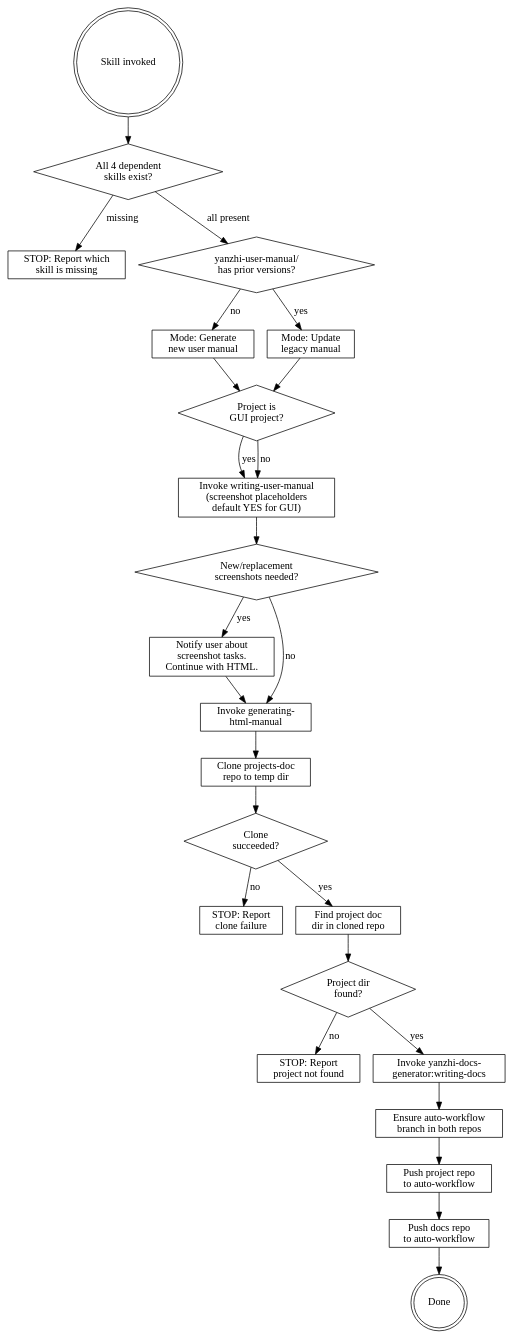
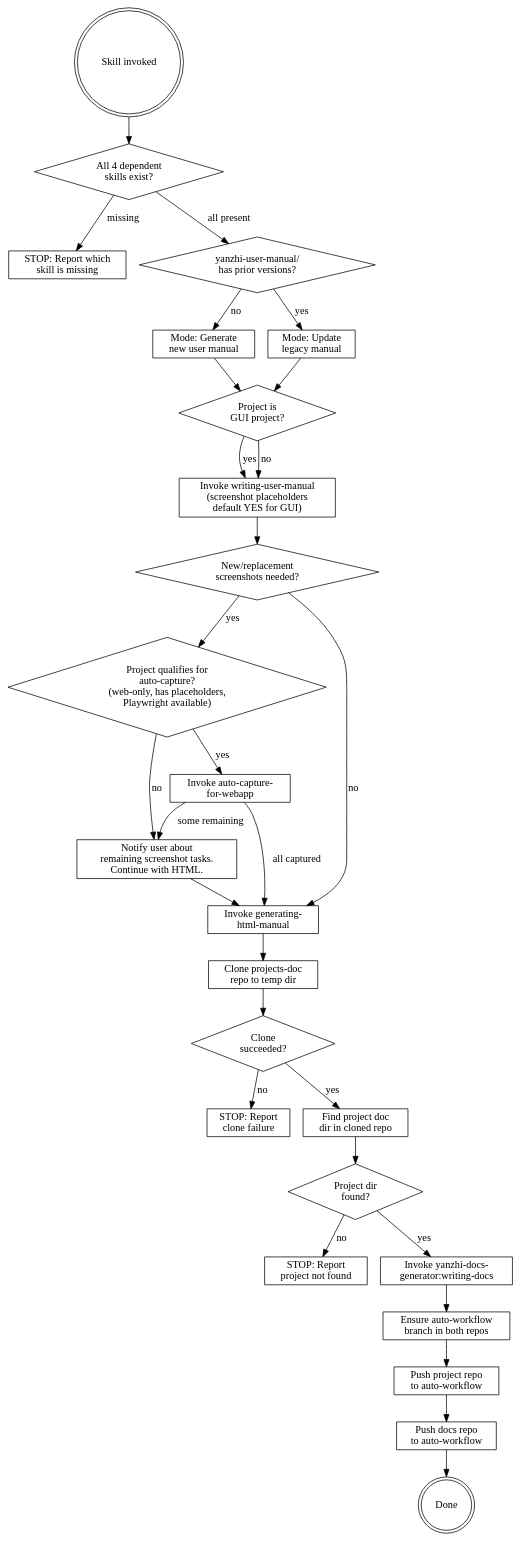
Before and after one commit to zhang-songhan/yanzhi-sdd-workflow: the diagram in skills/manual-and-docs-git-sync/SKILL.md, drawn with Graphviz. The commit also changed other lines of this file and 2 other files, not shown here.

First line of the commit message:
feat: add auto-capture-for-webapp integration to manual-and-docs-git-sync skill

````diff
--- a/skills/manual-and-docs-git-sync/SKILL.md
+++ b/skills/manual-and-docs-git-sync/SKILL.md
@@ -12,53 +12,59 @@
 ```dot
 digraph sync_flow {
     rankdir=TB;
 
     start [label="Skill invoked", shape=doublecircle];
     check_deps [label="All 4 dependent\nskills exist?", shape=diamond];
     stop_deps [label="STOP: Report which\nskill is missing", shape=box];
     check_manual_dir [label="yanzhi-user-manual/\nhas prior versions?", shape=diamond];
     mode_generate [label="Mode: Generate\nnew user manual", shape=box];
     mode_update [label="Mode: Update\nlegacy manual", shape=box];
     detect_gui [label="Project is\nGUI project?", shape=diamond];
     invoke_writing [label="Invoke writing-user-manual\n(screenshot placeholders\ndefault YES for GUI)", shape=box];
     new_screenshots [label="New/replacement\nscreenshots needed?", shape=diamond];
-    notify_screenshots [label="Notify user about\nscreenshot tasks.\nContinue with HTML.", shape=box];
+    check_webapp [label="Project qualifies for\nauto-capture?\n(web-only, has placeholders,\nPlaywright available)", shape=diamond];
+    invoke_autocap [label="Invoke auto-capture-\nfor-webapp", shape=box];
+    notify_screenshots [label="Notify user about\nremaining screenshot tasks.\nContinue with HTML.", shape=box];
     invoke_html [label="Invoke generating-\nhtml-manual", shape=box];
     clone_docs [label="Clone projects-doc\nrepo to temp dir", shape=box];
     clone_ok [label="Clone\nsucceeded?", shape=diamond];
     stop_clone [label="STOP: Report\nclone failure", shape=box];
     find_project [label="Find project doc\ndir in cloned repo", shape=box];
     project_found [label="Project dir\nfound?", shape=diamond];
     stop_noproject [label="STOP: Report\nproject not found", shape=box];
     invoke_docs [label="Invoke yanzhi-docs-\ngenerator:writing-docs", shape=box];
     switch_branch [label="Ensure auto-workflow\nbranch in both repos", shape=box];
     push_project [label="Push project repo\nto auto-workflow", shape=box];
     push_docs [label="Push docs repo\nto auto-workflow", shape=box];
     done [label="Done", shape=doublecircle];
 
     start -> check_deps;
     check_deps -> stop_deps [label="missing"];
     check_deps -> check_manual_dir [label="all present"];
     check_manual_dir -> mode_generate [label="no"];
     check_manual_dir -> mode_update [label="yes"];
     mode_generate -> detect_gui;
     mode_update -> detect_gui;
     detect_gui -> invoke_writing [label="yes"];
     detect_gui -> invoke_writing [label="no"];
     invoke_writing -> new_screenshots;
-    new_screenshots -> notify_screenshots [label="yes"];
+    new_screenshots -> check_webapp [label="yes"];
     new_screenshots -> invoke_html [label="no"];
+    check_webapp -> invoke_autocap [label="yes"];
+    check_webapp -> notify_screenshots [label="no"];
+    invoke_autocap -> notify_screenshots [label="some remaining"];
+    invoke_autocap -> invoke_html [label="all captured"];
     notify_screenshots -> invoke_html;
     invoke_html -> clone_docs;
     clone_docs -> clone_ok;
     clone_ok -> stop_clone [label="no"];
     clone_ok -> find_project [label="yes"];
     find_project -> project_found;
     project_found -> stop_noproject [label="no"];
     project_found -> invoke_docs [label="yes"];
     invoke_docs -> switch_branch;
     switch_branch -> push_project;
     push_project -> push_docs;
     push_docs -> done;
 }
 ```
````
